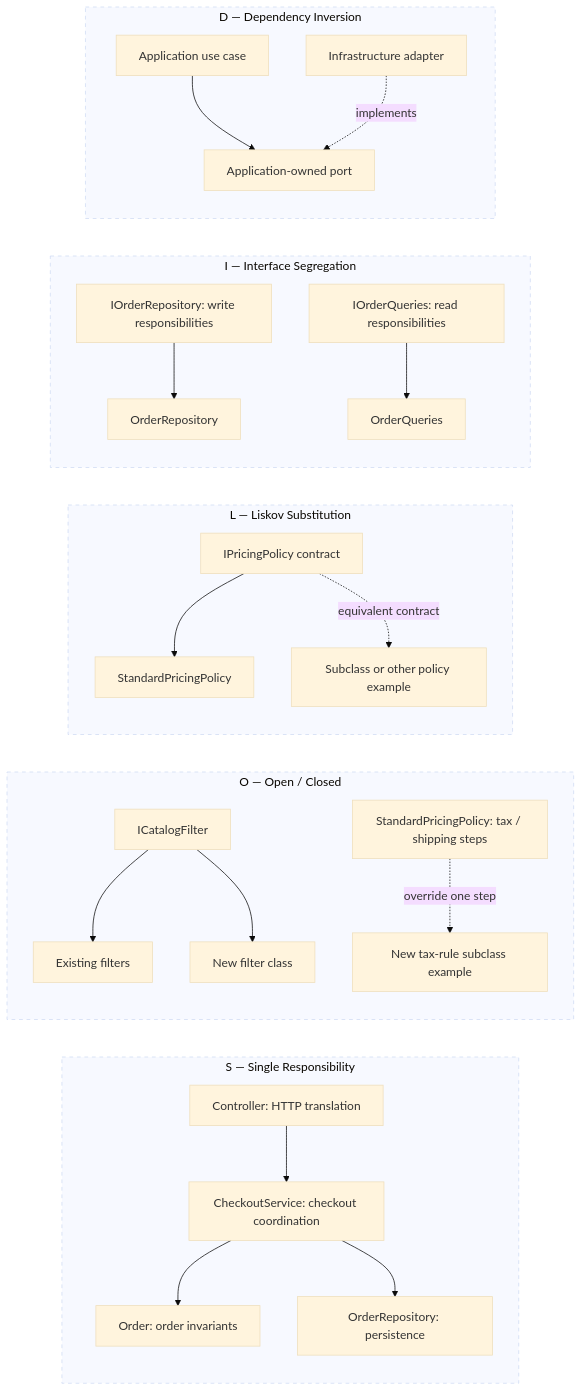
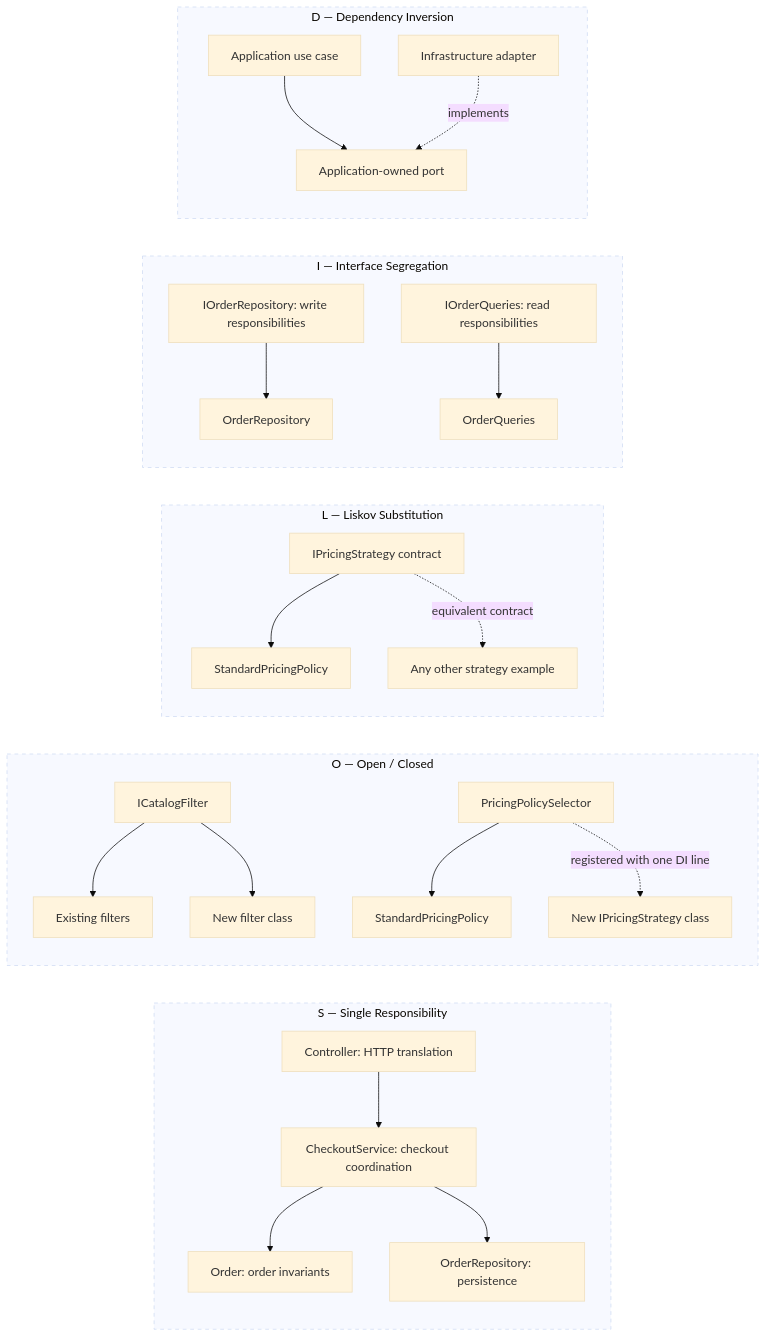
The eighth of 10 diagrams in docs/12-design-guide.md (Abhishek-pers/IPL-Merchandise), drawn with Mermaid (base theme) before and after one commit. The commit also changed other lines of this file and 6 other files, not shown here.

````diff
--- a/docs/12-design-guide.md
+++ b/docs/12-design-guide.md
@@ -570,48 +595,50 @@
 ```mermaid
 flowchart LR
     subgraph SRP["S — Single Responsibility"]
         Controller[Controller: HTTP translation]
         UseCase[CheckoutService: checkout coordination]
         Aggregate[Order: order invariants]
         Repo[OrderRepository: persistence]
         Controller --> UseCase --> Aggregate
         UseCase --> Repo
     end
     subgraph OCP["O — Open / Closed"]
         FilterPort[ICatalogFilter]
         ExistingFilter[Existing filters]
         NewFilter[New filter class]
         FilterPort --> ExistingFilter
         FilterPort --> NewFilter
-        PricingSteps[StandardPricingPolicy: tax / shipping steps]
-        NewTaxRule[New tax-rule subclass example]
-        PricingSteps -. override one step .-> NewTaxRule
+        Selector[PricingPolicySelector]
+        StdStrategy[StandardPricingPolicy]
+        NewStrategy[New IPricingStrategy class]
+        Selector --> StdStrategy
+        Selector -. registered with one DI line .-> NewStrategy
     end
     subgraph LSP["L — Liskov Substitution"]
-        PricePort[IPricingPolicy contract]
+        PricePort[IPricingStrategy contract]
         Standard[StandardPricingPolicy]
-        Sale[Subclass or other policy example]
+        Sale[Any other strategy example]
         PricePort --> Standard
         PricePort -. equivalent contract .-> Sale
     end
     subgraph ISP["I — Interface Segregation"]
         WritePort[IOrderRepository: write responsibilities]
         ReadPort[IOrderQueries: read responsibilities]
         WriteAdapter[OrderRepository]
         ReadAdapter[OrderQueries]
         WritePort --> WriteAdapter
         ReadPort --> ReadAdapter
     end
     subgraph DIP["D — Dependency Inversion"]
         App[Application use case]
         Port[Application-owned port]
         Adapter[Infrastructure adapter]
         App --> Port
         Adapter -. implements .-> Port
     end
     style SRP stroke-dasharray: 5 5
     style OCP stroke-dasharray: 5 5
     style LSP stroke-dasharray: 5 5
     style ISP stroke-dasharray: 5 5
     style DIP stroke-dasharray: 5 5
 ```
````
